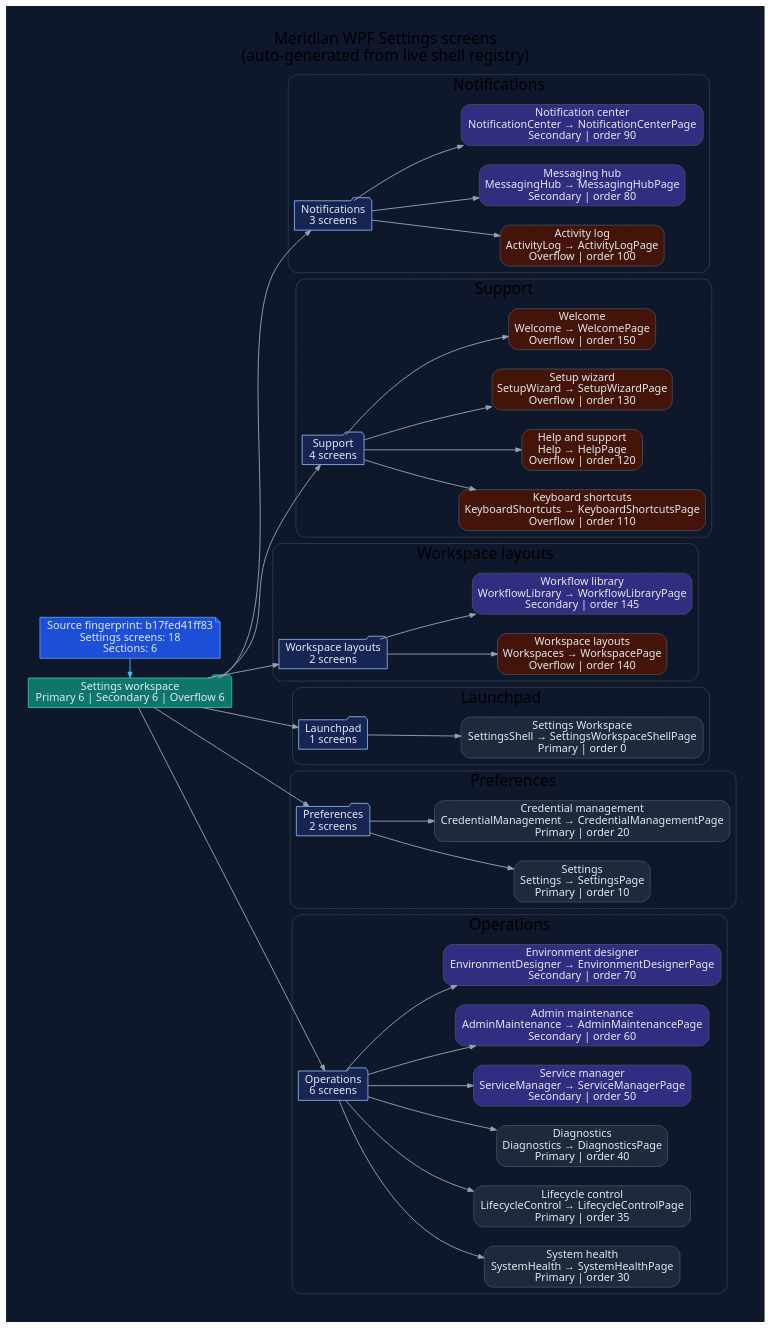
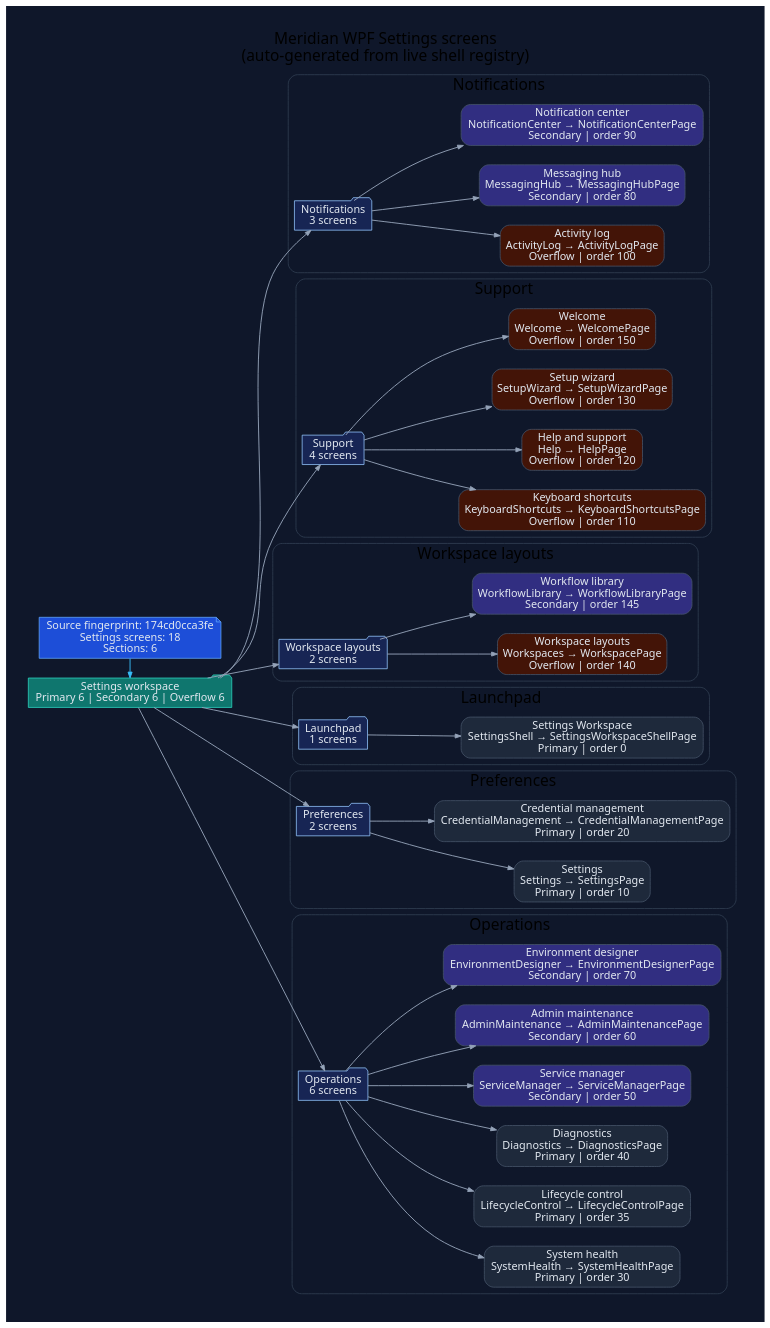
The diagram in docs/diagrams/ui/ui-wpf-screens-settings.dot (rodoHasArrived/Meridian-main), drawn with Graphviz before and after one commit. The commit also changed 47 other files, not shown here.

```diff
--- a/docs/diagrams/ui/ui-wpf-screens-settings.dot
+++ b/docs/diagrams/ui/ui-wpf-screens-settings.dot
@@ -1,110 +1,110 @@
 // -----------------------------------------------------------------------------
 // <auto-generated>
 // Generated by scripts/generate-diagrams.mjs.
 // Do not edit this file directly; update the WPF source files instead.
 // -----------------------------------------------------------------------------
 digraph WpfSettingsScreens {
   graph [
     rankdir=LR,
     labelloc=t,
     label="Meridian WPF Settings screens\n(auto-generated from live shell registry)",
     fontname="Segoe UI",
     fontsize=20,
     pad=0.4,
     nodesep=0.35,
     ranksep=0.85,
     bgcolor="#0f172a"
   ];
   node [fontname="Segoe UI", shape=box, style="rounded,filled", color="#475569", fontcolor="#e2e8f0", fillcolor="#1e293b"];
   edge [fontname="Segoe UI", color="#94a3b8", penwidth=1.2, arrowsize=0.75];
 
-  generated [shape=note, fillcolor="#1d4ed8", color="#60a5fa", label="Source fingerprint: b17fed41ff83\nSettings screens: 18\nSections: 6"];
+  generated [shape=note, fillcolor="#1d4ed8", color="#60a5fa", label="Source fingerprint: 174cd0cca3fe\nSettings screens: 18\nSections: 6"];
   workspace [shape=folder, fillcolor="#0f766e", color="#2dd4bf", label="Settings workspace\nPrimary 6 | Secondary 6 | Overflow 6"];
   generated -> workspace [color="#38bdf8"];
 
   subgraph cluster_section_1 {
     label="Notifications";
     color="#334155";
     style="rounded";
     section_1 [shape=folder, fillcolor="#172554", color="#93c5fd", label="Notifications\n3 screens"];
     workspace -> section_1;
     screen_ActivityLog [fillcolor="#431407", label="Activity log\nActivityLog → ActivityLogPage\nOverflow | order 100"];
     section_1 -> screen_ActivityLog;
     screen_MessagingHub [fillcolor="#312e81", label="Messaging hub\nMessagingHub → MessagingHubPage\nSecondary | order 80"];
     section_1 -> screen_MessagingHub;
     screen_NotificationCenter [fillcolor="#312e81", label="Notification center\nNotificationCenter → NotificationCenterPage\nSecondary | order 90"];
     section_1 -> screen_NotificationCenter;
   }
 
   subgraph cluster_section_2 {
     label="Support";
     color="#334155";
     style="rounded";
     section_2 [shape=folder, fillcolor="#172554", color="#93c5fd", label="Support\n4 screens"];
     workspace -> section_2;
     screen_KeyboardShortcuts [fillcolor="#431407", label="Keyboard shortcuts\nKeyboardShortcuts → KeyboardShortcutsPage\nOverflow | order 110"];
     section_2 -> screen_KeyboardShortcuts;
     screen_Help [fillcolor="#431407", label="Help and support\nHelp → HelpPage\nOverflow | order 120"];
     section_2 -> screen_Help;
     screen_SetupWizard [fillcolor="#431407", label="Setup wizard\nSetupWizard → SetupWizardPage\nOverflow | order 130"];
     section_2 -> screen_SetupWizard;
     screen_Welcome [fillcolor="#431407", label="Welcome\nWelcome → WelcomePage\nOverflow | order 150"];
     section_2 -> screen_Welcome;
   }
 
   subgraph cluster_section_3 {
     label="Workspace layouts";
     color="#334155";
     style="rounded";
     section_3 [shape=folder, fillcolor="#172554", color="#93c5fd", label="Workspace layouts\n2 screens"];
     workspace -> section_3;
     screen_Workspaces [fillcolor="#431407", label="Workspace layouts\nWorkspaces → WorkspacePage\nOverflow | order 140"];
     section_3 -> screen_Workspaces;
     screen_WorkflowLibrary [fillcolor="#312e81", label="Workflow library\nWorkflowLibrary → WorkflowLibraryPage\nSecondary | order 145"];
     section_3 -> screen_WorkflowLibrary;
   }
 
   subgraph cluster_section_4 {
     label="Launchpad";
     color="#334155";
     style="rounded";
     section_4 [shape=folder, fillcolor="#172554", color="#93c5fd", label="Launchpad\n1 screens"];
     workspace -> section_4;
     screen_SettingsShell [fillcolor="#1e293b", label="Settings Workspace\nSettingsShell → SettingsWorkspaceShellPage\nPrimary | order 0"];
     section_4 -> screen_SettingsShell;
   }
 
   subgraph cluster_section_5 {
     label="Preferences";
     color="#334155";
     style="rounded";
     section_5 [shape=folder, fillcolor="#172554", color="#93c5fd", label="Preferences\n2 screens"];
     workspace -> section_5;
     screen_Settings [fillcolor="#1e293b", label="Settings\nSettings → SettingsPage\nPrimary | order 10"];
     section_5 -> screen_Settings;
     screen_CredentialManagement [fillcolor="#1e293b", label="Credential management\nCredentialManagement → CredentialManagementPage\nPrimary | order 20"];
     section_5 -> screen_CredentialManagement;
   }
 
   subgraph cluster_section_6 {
     label="Operations";
     color="#334155";
     style="rounded";
     section_6 [shape=folder, fillcolor="#172554", color="#93c5fd", label="Operations\n6 screens"];
     workspace -> section_6;
     screen_SystemHealth [fillcolor="#1e293b", label="System health\nSystemHealth → SystemHealthPage\nPrimary | order 30"];
     section_6 -> screen_SystemHealth;
     screen_LifecycleControl [fillcolor="#1e293b", label="Lifecycle control\nLifecycleControl → LifecycleControlPage\nPrimary | order 35"];
     section_6 -> screen_LifecycleControl;
     screen_Diagnostics [fillcolor="#1e293b", label="Diagnostics\nDiagnostics → DiagnosticsPage\nPrimary | order 40"];
     section_6 -> screen_Diagnostics;
     screen_ServiceManager [fillcolor="#312e81", label="Service manager\nServiceManager → ServiceManagerPage\nSecondary | order 50"];
     section_6 -> screen_ServiceManager;
     screen_AdminMaintenance [fillcolor="#312e81", label="Admin maintenance\nAdminMaintenance → AdminMaintenancePage\nSecondary | order 60"];
     section_6 -> screen_AdminMaintenance;
     screen_EnvironmentDesigner [fillcolor="#312e81", label="Environment designer\nEnvironmentDesigner → EnvironmentDesignerPage\nSecondary | order 70"];
     section_6 -> screen_EnvironmentDesigner;
   }
 
   { rank=min; generated; workspace; }
 }
```
